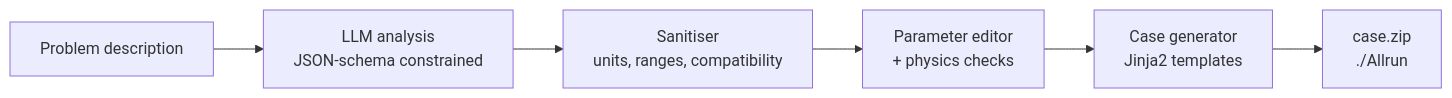
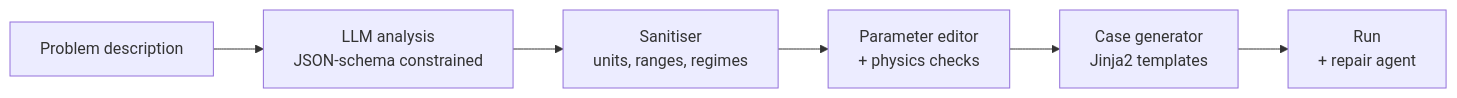
Before and after one commit to jamaloubanbal/cfd-case-generator: the diagram in README.md, drawn with Mermaid. The commit also changed other lines of this file and 1 other file, not shown here.

````diff
--- a/README.md
+++ b/README.md
@@ -155,8 +89,8 @@
 ```mermaid
 flowchart LR
     A[Problem description] --> B[LLM analysis<br/>JSON-schema constrained]
-    B --> C[Sanitiser<br/>units, ranges, compatibility]
+    B --> C[Sanitiser<br/>units, ranges, regimes]
     C --> D[Parameter editor<br/>+ physics checks]
     D --> E[Case generator<br/>Jinja2 templates]
-    E --> F[case.zip<br/>./Allrun]
+    E --> F[Run<br/>+ repair agent]
 ```
````
